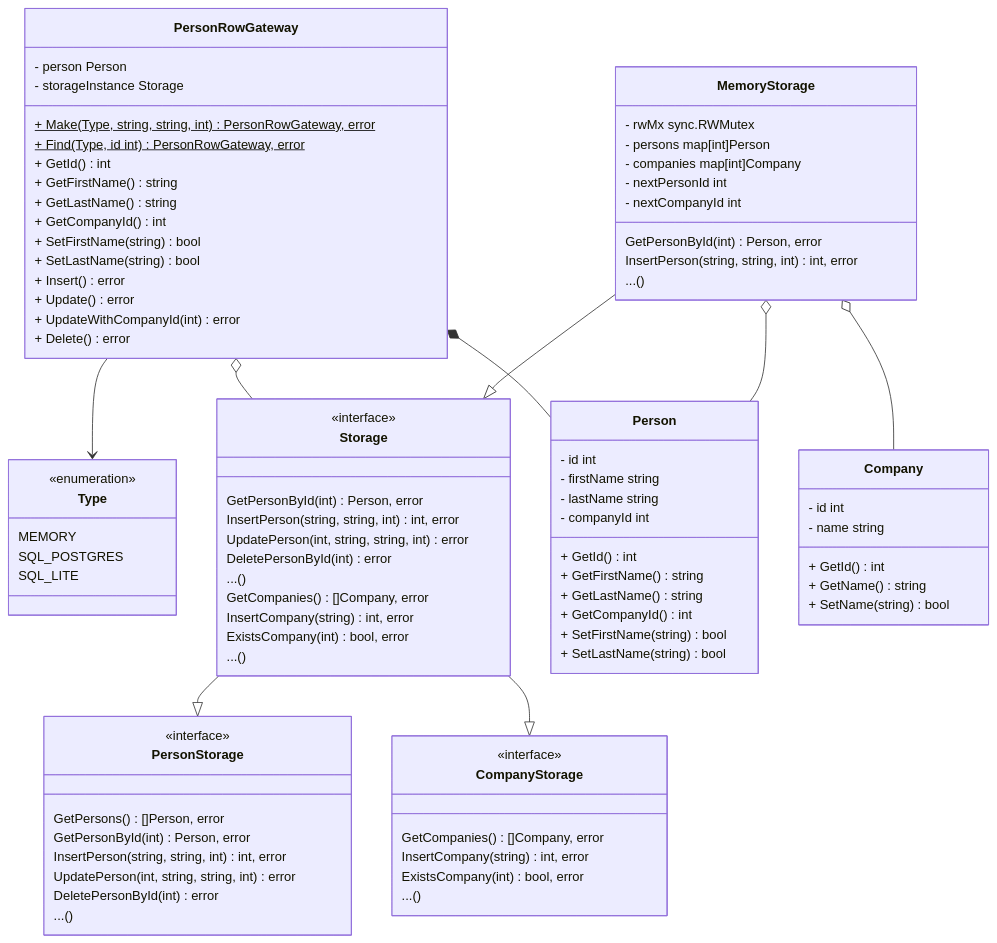
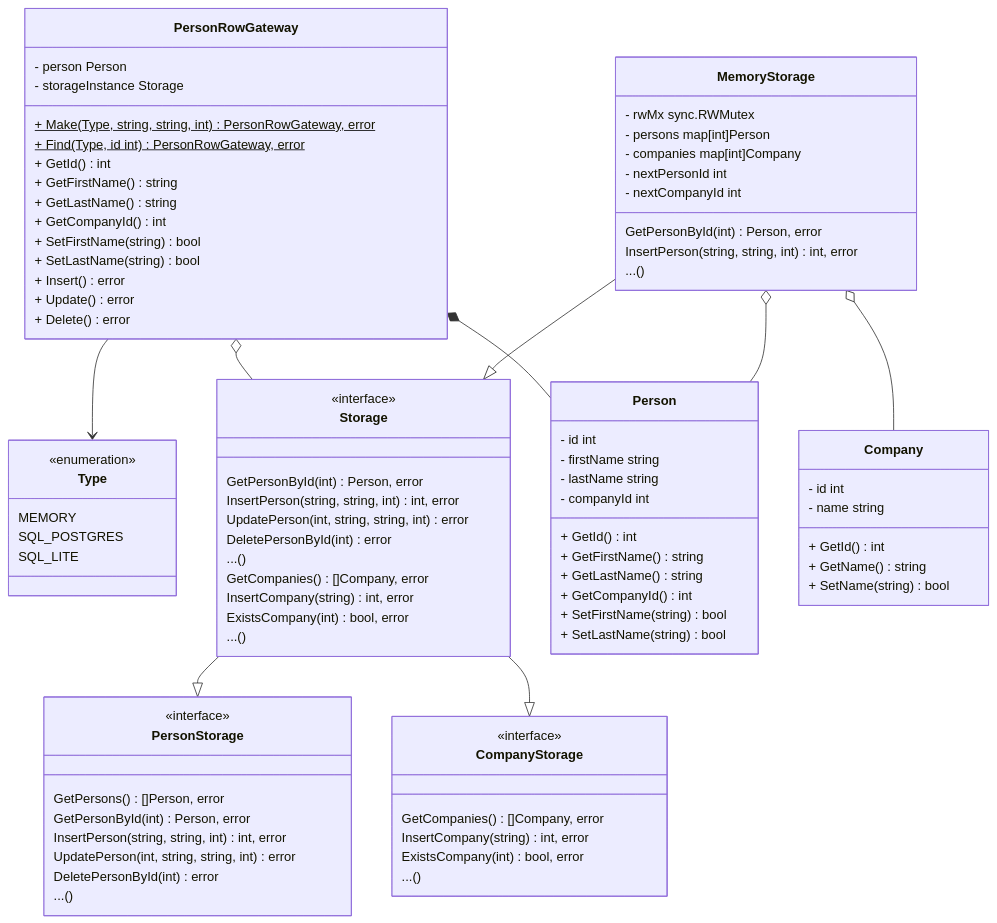
One commit to Leartiz/try_patterns changed the diagram in dps_go/data_source/row_data_gateway/v1/NOTE.md. Above: the diagram before and after it, drawn with Mermaid.

Commit message:
update note

````diff
--- a/dps_go/data_source/row_data_gateway/v1/NOTE.md
+++ b/dps_go/data_source/row_data_gateway/v1/NOTE.md
@@ -108,7 +108,6 @@
 
         + Insert() error
 	    + Update() error
-	    + UpdateWithCompanyId(int) error
 	    + Delete() error
 
         - person Person
@@ -116,6 +115,8 @@
     }
 
     PersonRowGateway --> Type
+    
+    %% or inheritance?
     PersonRowGateway *-- Person
     PersonRowGateway o-- Storage
 ```
````
